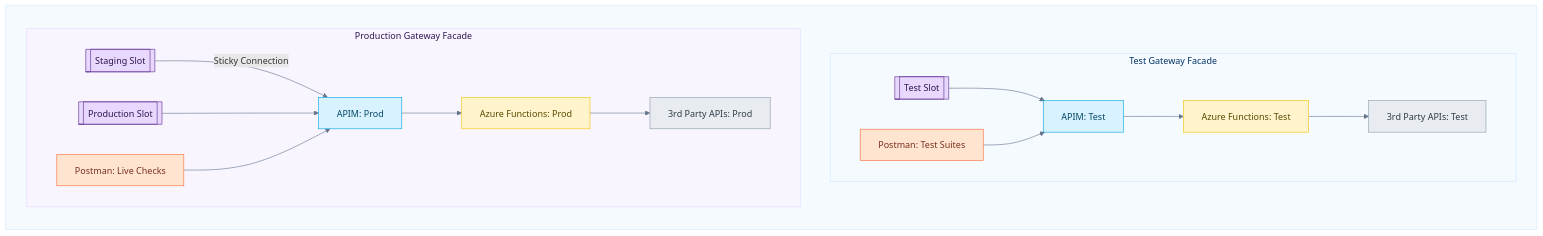
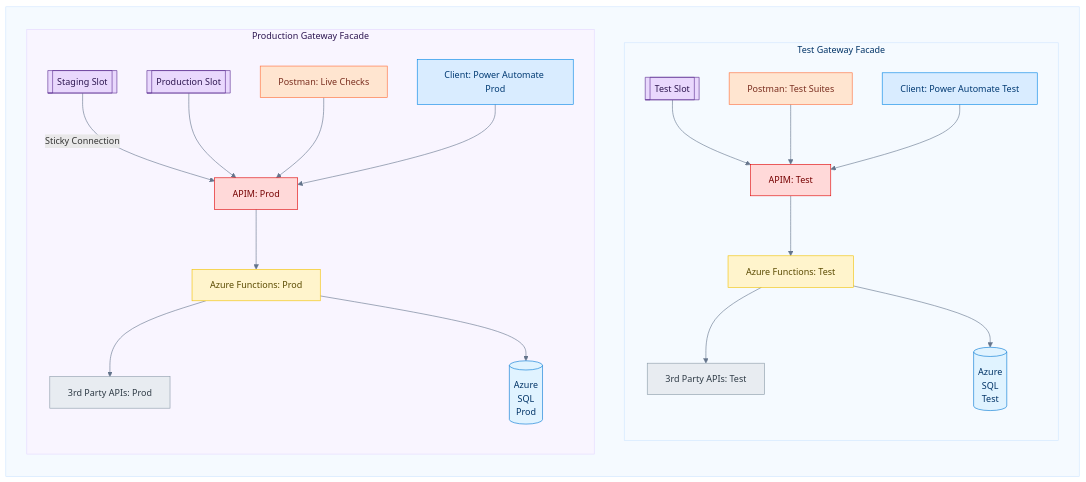
One commit to acforbes/freight-logistics-architecture changed the fourth of 5 diagrams in presentation.md. Above: the diagram before and after it, drawn with Mermaid. The commit also changed other lines of this file and 4 other files, not shown here.

Commit message:
docs: more detail on redis cache, updated costs for existing functions/APIM, added Power Automate and DB connections for APIM topology

````diff
--- a/presentation.md
+++ b/presentation.md
@@ -279,42 +279,50 @@
 ```mermaid
 %%{init: {
   'theme': '',
   'themeVariables': {
     'fontFamily': 'Arial, sans-serif',
     'fontSize': '15px',
     'primaryColor': '#f8fafc',
     'primaryTextColor': '#0f172a',
     'primaryBorderColor': '#cbd5e1',
     'lineColor': '#64748b',
     'secondaryColor': '#f1f5f9',
     'tertiaryColor': '#ffffff'
   }
 }}%%
 graph TD
     style Container fill:#F5FAFF,stroke:#D0E6FF,color:#003366;
     style Test fill:#F5FAFF,stroke:#D0E6FF,color:#003366;
     style Prod fill:#F9F5FF,stroke:#E3D8FF,color:#2D1650;
 
     classDef postman fill:#FFE5D0,stroke:#FF6C37,color:#7A2E1F;
+    classDef pwr fill:#D9ECFF,stroke:#0085E6,color:#003A73;
     classDef app fill:#E9D8FD,stroke:#5C2D91,color:#2D1650;
-    classDef apim fill:#D9F2FF,stroke:#00A3E0,color:#004766;
+    classDef apim fill:#FFD9D9,stroke:#E00000,color:#760000;
+    classDef sql fill:#E0F3FF,stroke:#0078D4,color:#003366;
     classDef func fill:#FFF4CC,stroke:#F2C200,color:#5A4A00;
     classDef thirdparty fill:#E8ECF1,stroke:#8A9BA8,color:#2E3A45;
 
     subgraph Container[ ]
       direction TD
 
       subgraph Test[Test Gateway Facade]
+          direction TD
           Slot_Test[[Test Slot]]:::app --> APIM_Test[APIM: Test]:::apim
           PM_Test[Postman: Test Suites]:::postman --> APIM_Test
+          User_Test[Client: Power Automate Test]:::pwr --> APIM_Test
           APIM_Test --> AzFunc_Test[Azure Functions: Test]:::func --> Ext_Test[3rd Party APIs: Test]:::thirdparty
+          AzFunc_Test --> DB_Test[(Azure<br/>SQL<br/>Test)]:::sql
       end
 
       subgraph Prod[Production Gateway Facade]
+          direction TD
           Slot_Stag[[Staging Slot]]:::app -->|Sticky Connection| APIM_Prod[APIM: Prod]:::apim
           Slot_Prod[[Production Slot]]:::app --> APIM_Prod
           PM_Prod[Postman: Live Checks]:::postman --> APIM_Prod
+          User_Prod[Client: Power Automate Prod]:::pwr --> APIM_Prod
           APIM_Prod --> AzFunc_Prod[Azure Functions: Prod]:::func --> Ext_Prod[3rd Party APIs: Prod]:::thirdparty
+          AzFunc_Prod --> DB_Prod[(Azure<br/>SQL<br/>Prod)]:::sql
       end
     end
 ```
````
